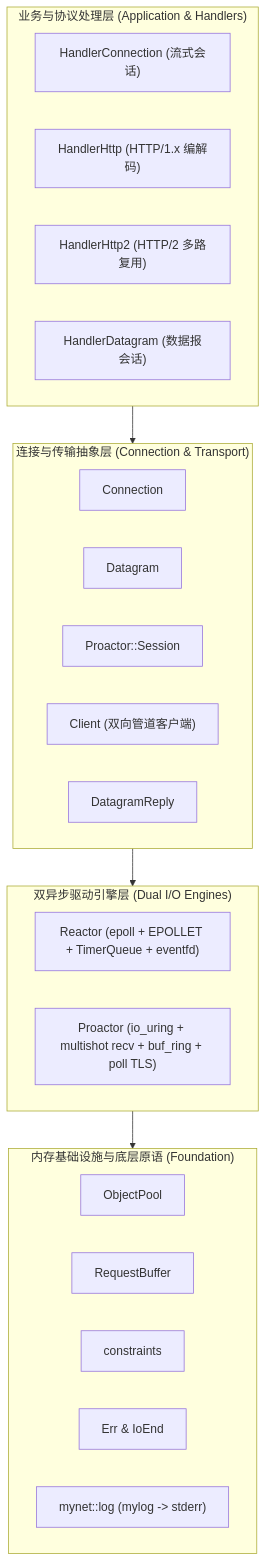
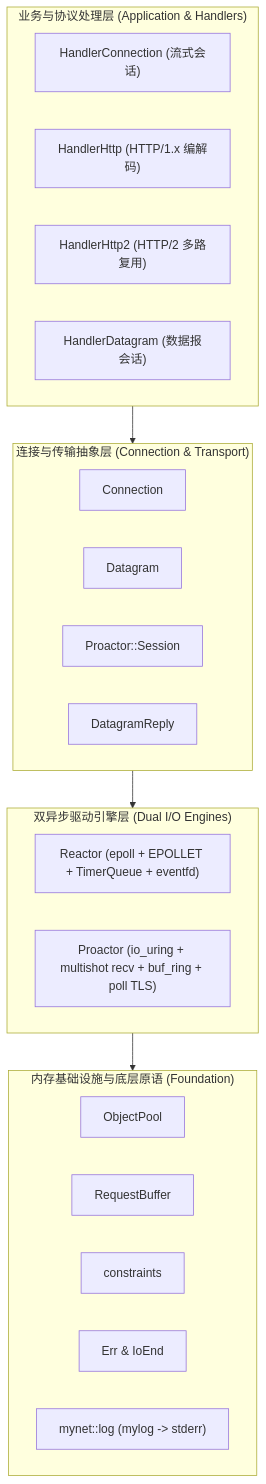
The diagram in README_zh.md (printf033/mynet), drawn with Mermaid before and after one commit. The commit also changed other lines of this file and 35 other files, not shown here.

````diff
--- a/README_zh.md
+++ b/README_zh.md
@@ -77,38 +75,37 @@
 ```mermaid
 flowchart TD
     subgraph App ["业务与协议处理层 (Application & Handlers)"]
         direction LR
         ConnHandler["HandlerConnection (流式会话)"]
         HandlerHttp["HandlerHttp (HTTP/1.x 编解码)"]
         Mux["HandlerHttp2<StreamHandler> (HTTP/2 多路复用)"]
         DatagramHandler["HandlerDatagram (数据报会话)"]
     end
 
     subgraph Core ["连接与传输抽象层 (Connection & Transport)"]
         direction LR
         Conn["Connection<Handler>"]
         Dgram["Datagram<Handler>"]
         Session["Proactor::Session"]
-        PeerCl["Client<Event> (双向管道客户端)"]
         Datagram["DatagramReply"]
     end
 
     subgraph Engine ["双异步驱动引擎层 (Dual I/O Engines)"]
         direction LR
         ReactorEngine["Reactor (epoll + EPOLLET + TimerQueue + eventfd)"]
         ProactorEngine["Proactor (io_uring + multishot recv + buf_ring + poll TLS)"]
     end
 
     subgraph Foundation ["内存基础设施与底层原语 (Foundation)"]
         direction LR
         Pool["ObjectPool<T>"]
         Buf["RequestBuffer"]
         Constraints["constraints"]
         Err["Err & IoEnd"]
         Log["mynet::log (mylog -> stderr)"]
     end
 
     App --> Core
     Core --> Engine
     Engine --> Foundation
 ```
````
